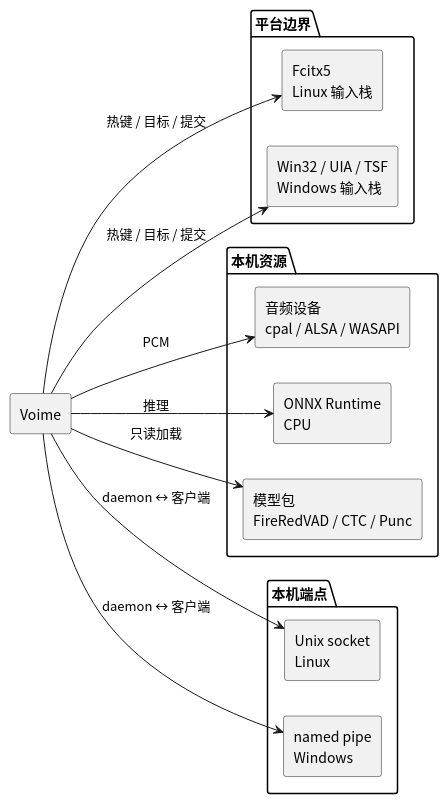
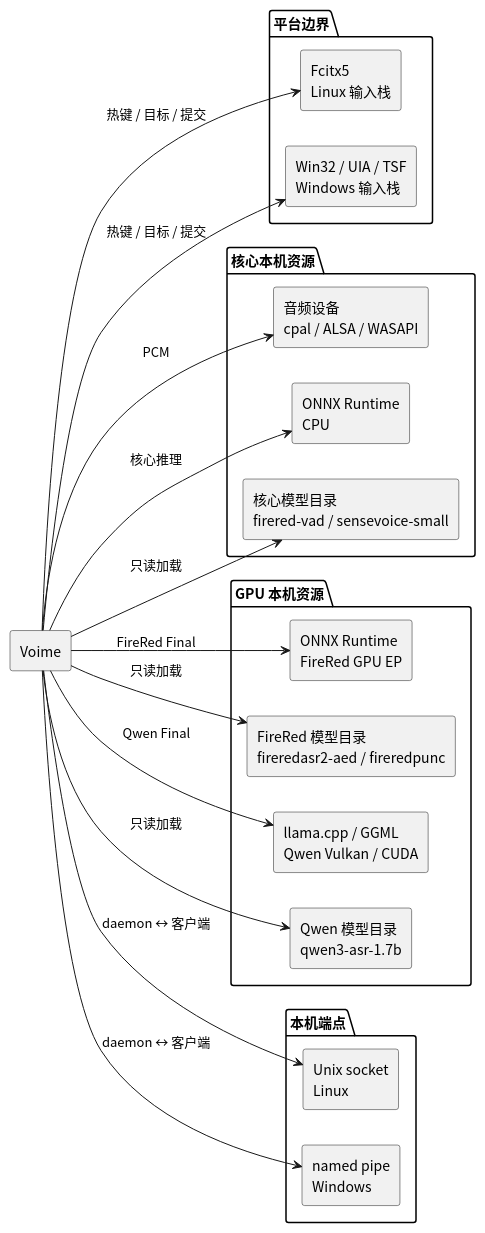
One commit to 54m43lJ/voime changed the diagram in diagram/provider-map.puml. Above: the diagram before and after it, drawn with PlantUML. The commit also changed 72 other files, not shown here.

```diff
--- a/diagram/provider-map.puml
+++ b/diagram/provider-map.puml
@@ -1,32 +1,43 @@
 @startuml
 skinparam defaultFontName "Noto Sans CJK SC"
 skinparam shadowing false
 skinparam componentStyle rectangle
 left to right direction
 
 component "Voime" as Voime
 
 package "平台边界" {
   component "Fcitx5\nLinux 输入栈" as Fcitx
   component "Win32 / UIA / TSF\nWindows 输入栈" as Win
 }
 
-package "本机资源" {
+package "核心本机资源" {
   component "音频设备\ncpal / ALSA / WASAPI" as Audio
-  component "ONNX Runtime\nCPU" as Ort
-  component "模型包\nFireRedVAD / CTC / Punc" as Models
+  component "ONNX Runtime\nCPU" as OrtCpu
+  component "核心模型目录\nfirered-vad / sensevoice-small" as CoreModels
+}
+
+package "GPU 本机资源" {
+  component "ONNX Runtime\nFireRed GPU EP" as OrtGpu
+  component "FireRed 模型目录\nfireredasr2-aed / fireredpunc" as FireredModels
+  component "llama.cpp / GGML\nQwen Vulkan / CUDA" as Llama
+  component "Qwen 模型目录\nqwen3-asr-1.7b" as QwenModels
 }
 
 package "本机端点" {
   component "Unix socket\nLinux" as Unix
   component "named pipe\nWindows" as Pipe
 }
 
 Voime --> Fcitx : 热键 / 目标 / 提交
 Voime --> Win : 热键 / 目标 / 提交
 Voime --> Audio : PCM
-Voime --> Ort : 推理
-Voime --> Models : 只读加载
+Voime --> OrtCpu : 核心推理
+Voime --> CoreModels : 只读加载
+Voime --> OrtGpu : FireRed Final
+Voime --> FireredModels : 只读加载
+Voime --> Llama : Qwen Final
+Voime --> QwenModels : 只读加载
 Voime --> Unix : daemon ↔ 客户端
 Voime --> Pipe : daemon ↔ 客户端
 @enduml
```
